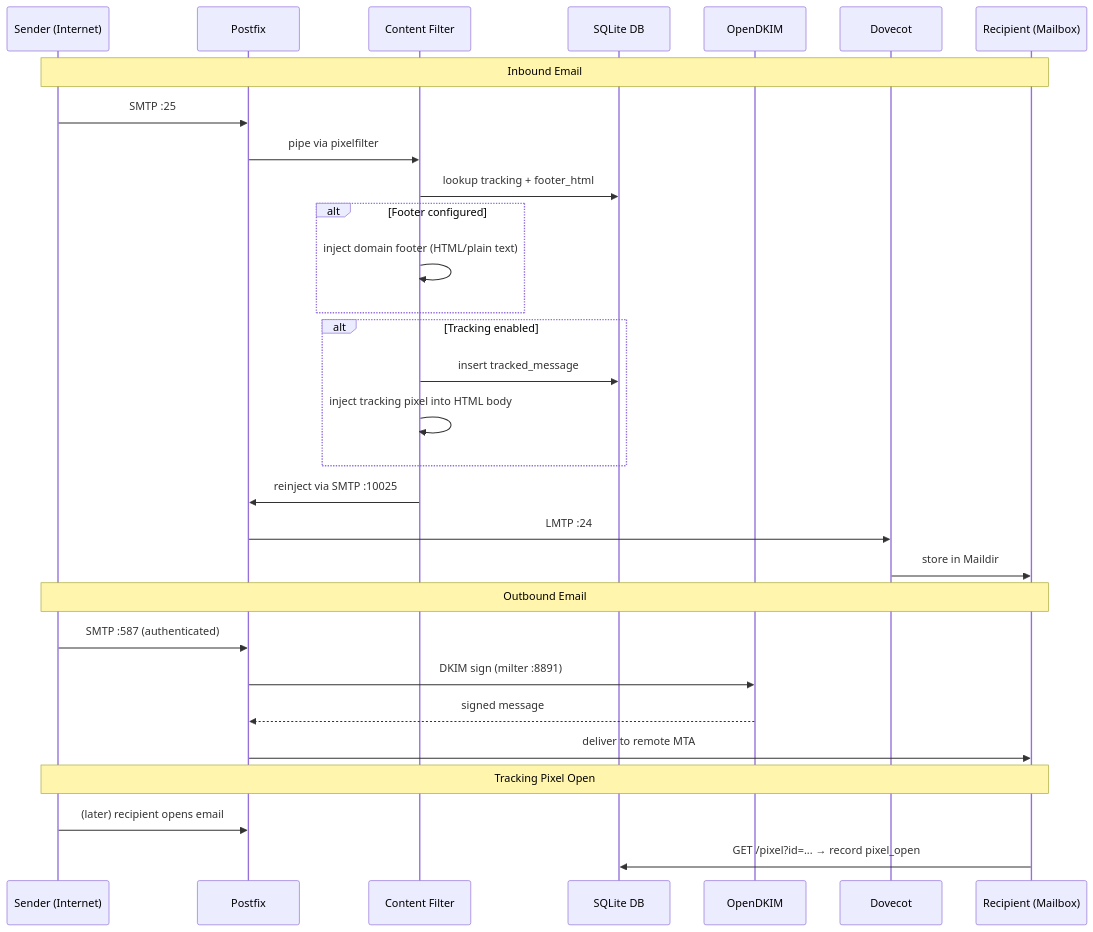
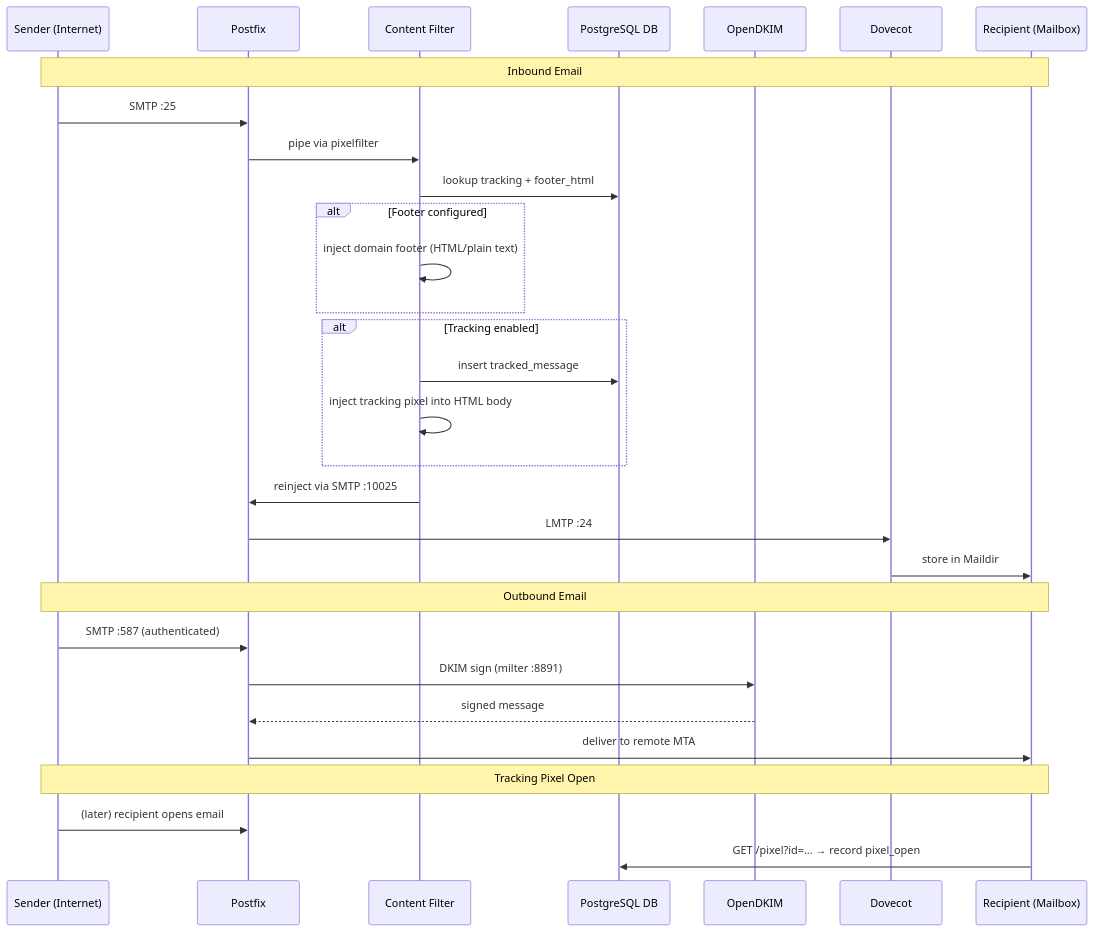
Before and after one commit to tayyebi/mailserver: the second of 5 diagrams in README.md, drawn with Mermaid. The commit also changed other lines of this file and 8 other files, not shown here.

````diff
--- a/README.md
+++ b/README.md
@@ -61,35 +61,35 @@
 ```mermaid
 sequenceDiagram
     participant Sender as Sender (Internet)
     participant Postfix
     participant Filter as Content Filter
-    participant SQLite as SQLite DB
+    participant Postgres as PostgreSQL DB
     participant OpenDKIM
     participant Dovecot
     participant Recipient as Recipient (Mailbox)
 
     Note over Sender,Recipient: Inbound Email
     Sender->>Postfix: SMTP :25
     Postfix->>Filter: pipe via pixelfilter
-    Filter->>SQLite: lookup tracking + footer_html
+    Filter->>Postgres: lookup tracking + footer_html
     alt Footer configured
         Filter->>Filter: inject domain footer (HTML/plain text)
     end
     alt Tracking enabled
-        Filter->>SQLite: insert tracked_message
+        Filter->>Postgres: insert tracked_message
         Filter->>Filter: inject tracking pixel into HTML body
     end
     Filter->>Postfix: reinject via SMTP :10025
     Postfix->>Dovecot: LMTP :24
     Dovecot->>Recipient: store in Maildir
 
     Note over Sender,Recipient: Outbound Email
     Sender->>Postfix: SMTP :587 (authenticated)
     Postfix->>OpenDKIM: DKIM sign (milter :8891)
     OpenDKIM-->>Postfix: signed message
     Postfix->>Recipient: deliver to remote MTA
 
     Note over Sender,Recipient: Tracking Pixel Open
     Sender->>Postfix: (later) recipient opens email
-    Recipient->>SQLite: GET /pixel?id=... → record pixel_open
+    Recipient->>Postgres: GET /pixel?id=... → record pixel_open
 ```
````
